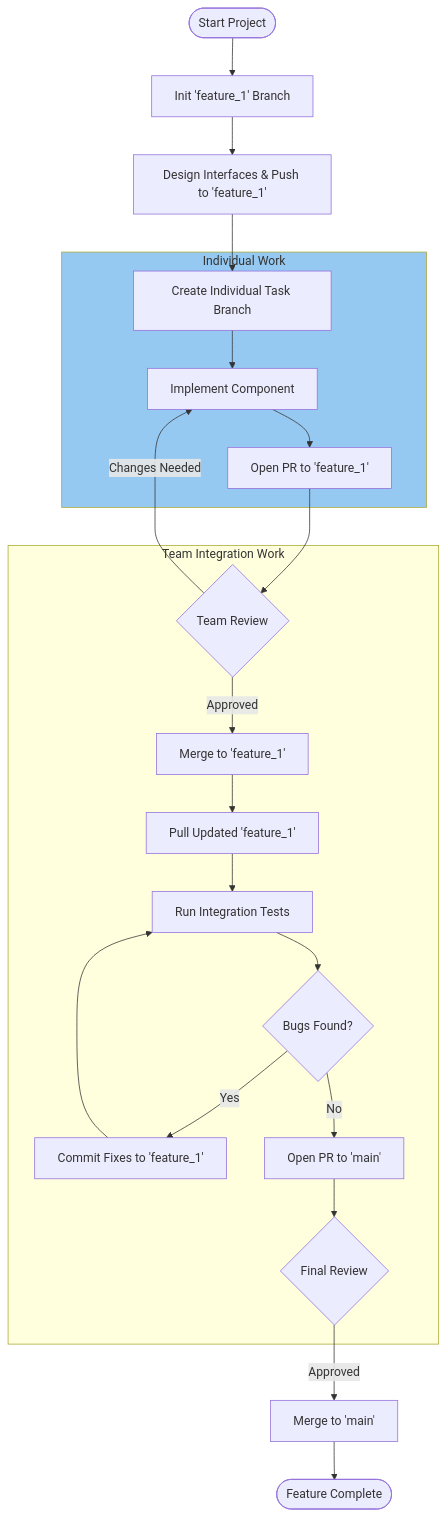
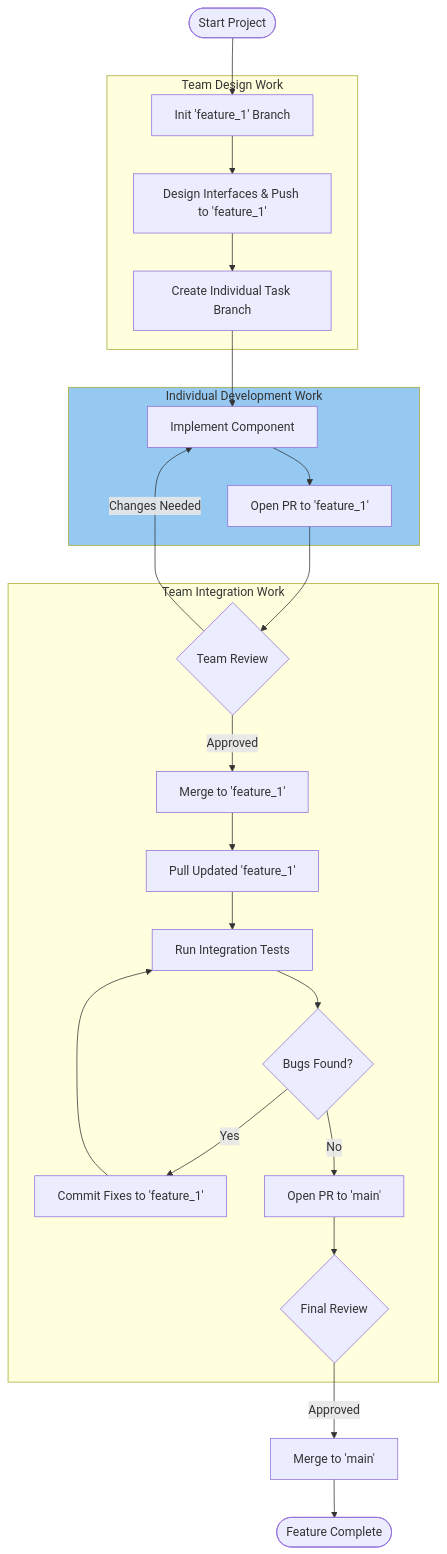
The first of 2 diagrams in README.md (cse4504-wustl/workflow), drawn with Mermaid before and after one commit.

Commit message:
Update workflow diagram in README.md

````diff
--- a/README.md
+++ b/README.md
@@ -2,28 +2,30 @@
 ```mermaid
 flowchart TD
     Start([Start Project]) --> InitFeature[Init 'feature_1' Branch]
+    subgraph Team_Start [Team Design Work]
     InitFeature --> Design[Design Interfaces & Push to 'feature_1']
     Design --> BranchInd[Create Individual Task Branch]
+    end
 
-    subgraph Indiv_Work [Individual Work]
+    subgraph Indiv_Work [Individual Development Work]
     BranchInd --> Implement[Implement Component]
     Implement --> PR_Ind[Open PR to 'feature_1']
     end
     style Indiv_Work fill:#96C9F2
 
     subgraph Team Integration Work
     Review_Ind -- Changes Needed --> Implement
     PR_Ind --> Review_Ind{Team Review}
     Review_Ind -- Approved --> Merge_Ind[Merge to 'feature_1']    
     Merge_Ind --> Pull[Pull Updated 'feature_1']
     Pull --> Test[Run Integration Tests]
     Test --> Fix{Bugs Found?}
     Fix -- Yes --> FixCommit[Commit Fixes to 'feature_1']
     FixCommit --> Test
     Fix -- No --> FinalPR[Open PR to 'main']
     FinalPR --> Review_Final{Final Review}
     end
 
     Review_Final -- Approved --> MainMerge[Merge to 'main']
     MainMerge --> Done([Feature Complete])
 ```
````
